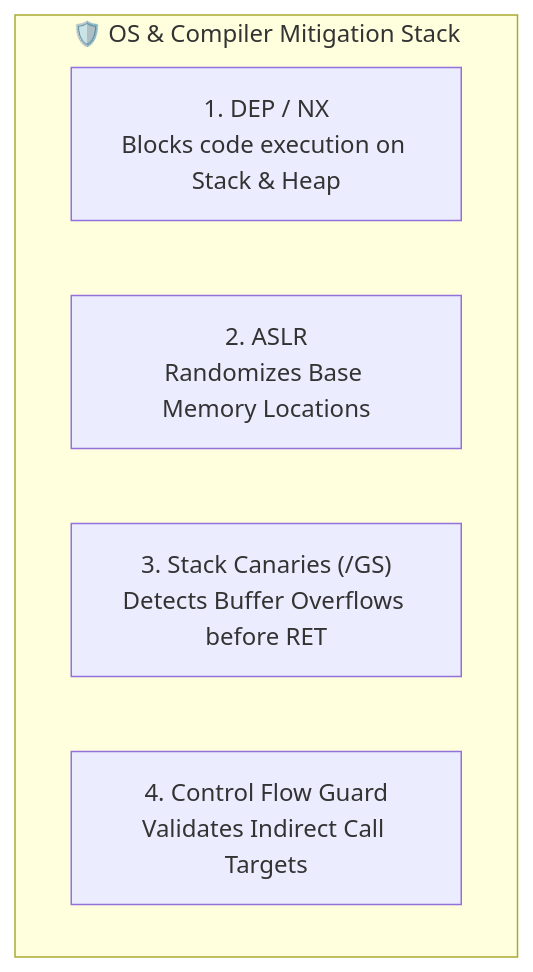
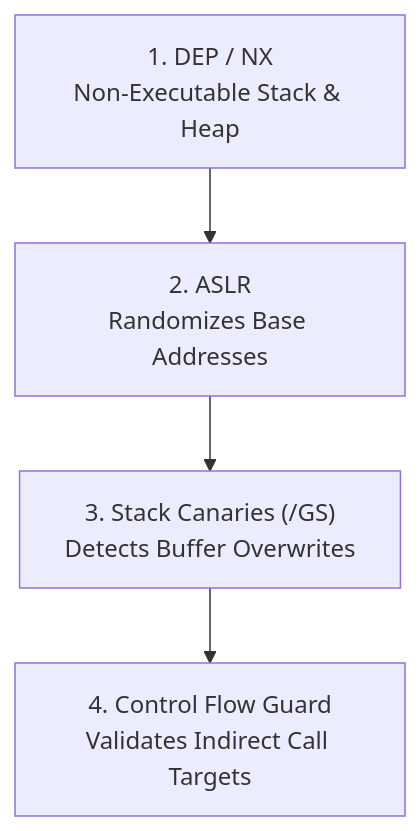
The first of 4 diagrams in topics/19-reverse-engineering-protections-and-mitigations/README.md (DaddyZyn/Cyber-security-notes), drawn with Mermaid before and after one commit. The commit also changed other lines of this file and 19 other files, not shown here.

Commit message:
fix: overhaul all Mermaid diagrams with clean vertical layouts and short line-wrapping to prevent GitHub clipping

````diff
--- a/topics/19-reverse-engineering-protections-and-mitigations/README.md
+++ b/topics/19-reverse-engineering-protections-and-mitigations/README.md
@@ -32,9 +32,8 @@
 ```mermaid
 flowchart TD
-    subgraph Mitigations["🛡️ OS & Compiler Mitigation Stack"]
-        DEP["1. DEP / NX<br>Blocks code execution on Stack & Heap"]
-        ASLR["2. ASLR<br>Randomizes Base Memory Locations"]
-        GS["3. Stack Canaries (/GS)<br>Detects Buffer Overflows before RET"]
-        CFG["4. Control Flow Guard<br>Validates Indirect Call Targets"]
-    end
+    DEP["1. DEP / NX<br/>Non-Executable Stack & Heap"]
+    ASLR["2. ASLR<br/>Randomizes Base Addresses"]
+    GS["3. Stack Canaries (/GS)<br/>Detects Buffer Overwrites"]
+    CFG["4. Control Flow Guard<br/>Validates Indirect Call Targets"]
+    DEP --> ASLR --> GS --> CFG
 ```
````
